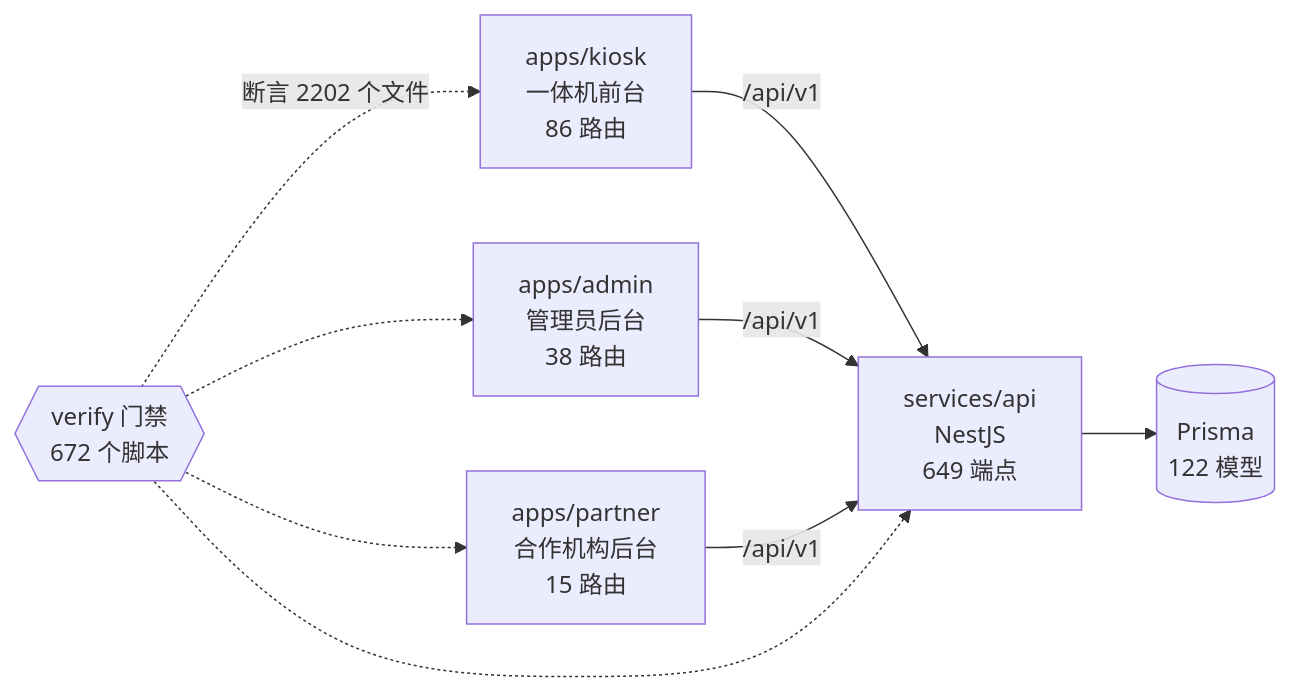
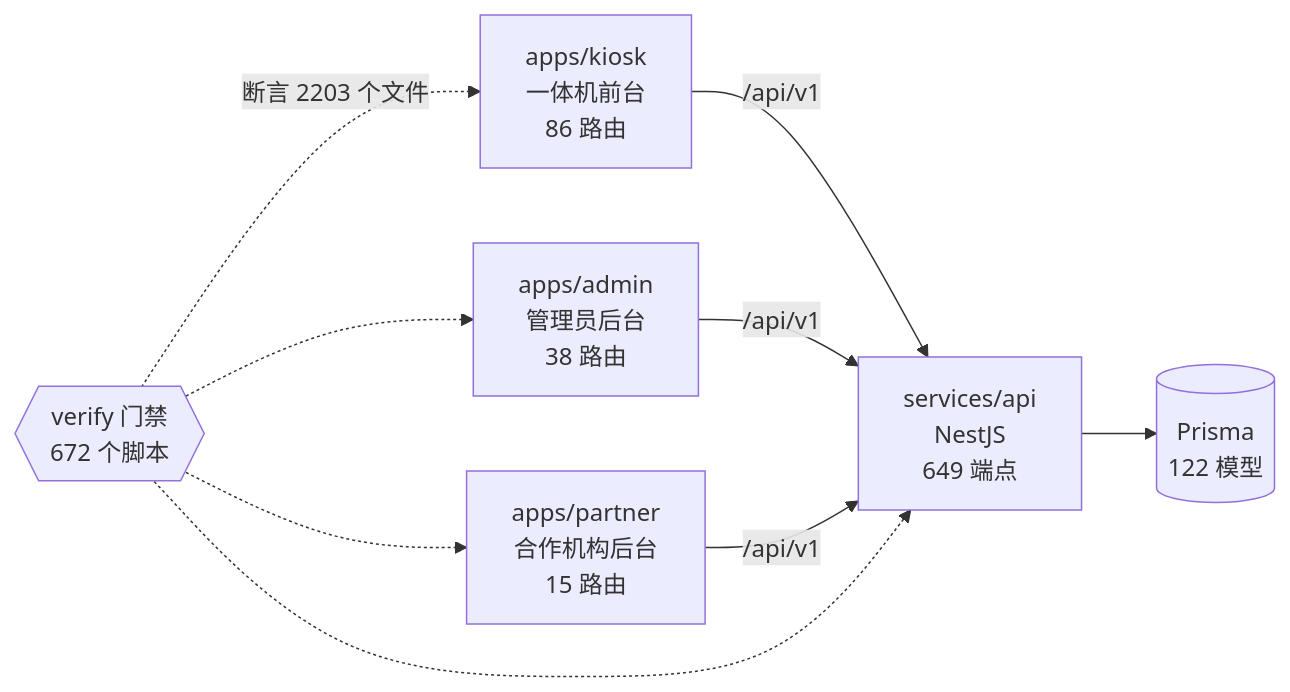
The diagram in docs/graph/README.md (wanglei581/YITIJI), drawn with Mermaid before and after one commit. The commit also changed other lines of this file and 7 other files, not shown here.

````diff
--- a/docs/graph/README.md
+++ b/docs/graph/README.md
@@ -68,18 +68,18 @@
 ```mermaid
 flowchart LR
   kiosk["apps/kiosk<br/>一体机前台<br/>86 路由"]
   admin["apps/admin<br/>管理员后台<br/>38 路由"]
   partner["apps/partner<br/>合作机构后台<br/>15 路由"]
   api["services/api<br/>NestJS<br/>649 端点"]
   db[("Prisma<br/>122 模型")]
   gates{{"verify 门禁<br/>672 个脚本"}}
 
   kiosk -->|"/api/v1"| api
   admin -->|"/api/v1"| api
   partner -->|"/api/v1"| api
   api --> db
-  gates -.->|"断言 2202 个文件"| kiosk
+  gates -.->|"断言 2203 个文件"| kiosk
   gates -.-> admin
   gates -.-> partner
   gates -.-> api
 ```
````
